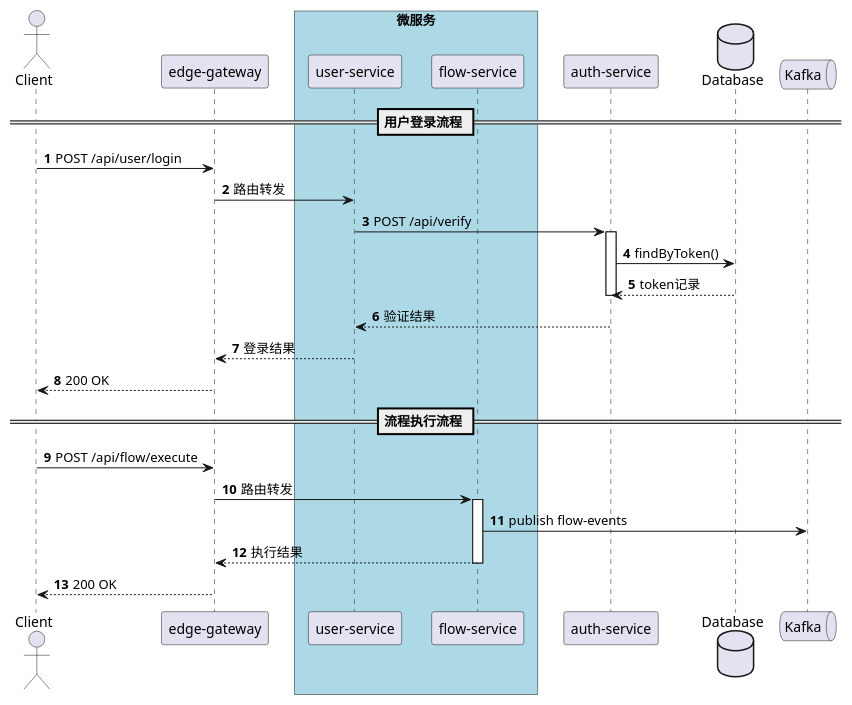
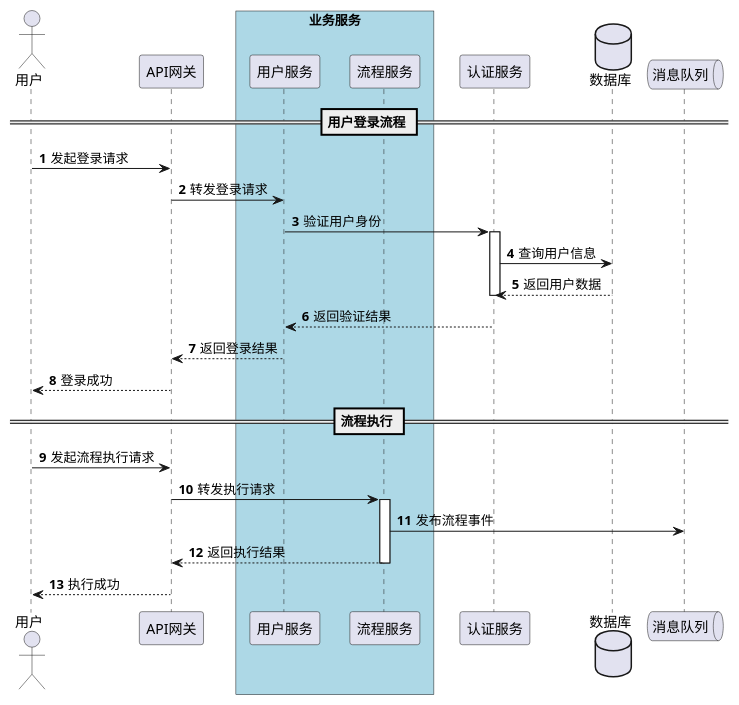
One commit to yves960/flow-trace changed the fourth of 4 diagrams in SKILL.md. Above: the diagram before and after it, drawn with PlantUML. The commit also changed other lines of this file, not shown here.

First line of the commit message:
feat: 时序图使用业务描述而非技术细节

````diff
--- a/SKILL.md
+++ b/SKILL.md
@@ -669,39 +717,39 @@
 ```plantuml
 @startuml
 autonumber
 skinparam participantPadding 10
 skinparam boxPadding 10
 
-actor "Client" as Client
-participant "edge-gateway" as GW
-box "微服务" #LightBlue
-    participant "user-service" as User
-    participant "flow-service" as Flow
+actor "用户" as 用户
+participant "API网关" as 网关
+box "业务服务" #LightBlue
+    participant "用户服务" as 用户服务
+    participant "流程服务" as 流程服务
 end box
-participant "auth-service" as Auth
-database "Database" as DB
-queue "Kafka" as MQ
+participant "认证服务" as 认证服务
+database "数据库" as 数据库
+queue "消息队列" as MQ
 
 == 用户登录流程 ==
-Client -> GW: POST /api/user/login
-GW -> User: 路由转发
-User -> Auth: POST /api/verify
-activate Auth
-Auth -> DB: findByToken()
-DB --> Auth: token记录
-deactivate Auth
-Auth --> User: 验证结果
-User --> GW: 登录结果
-GW --> Client: 200 OK
+用户 -> 网关: 发起登录请求
+网关 -> 用户服务: 转发登录请求
+用户服务 -> 认证服务: 验证用户身份
+activate 认证服务
+认证服务 -> 数据库: 查询用户信息
+数据库 --> 认证服务: 返回用户数据
+deactivate 认证服务
+认证服务 --> 用户服务: 返回验证结果
+用户服务 --> 网关: 返回登录结果
+网关 --> 用户: 登录成功
 
-== 流程执行流程 ==
-Client -> GW: POST /api/flow/execute
-GW -> Flow: 路由转发
-activate Flow
-Flow -> MQ: publish flow-events
-Flow --> GW: 执行结果
-deactivate Flow
-GW --> Client: 200 OK
+== 流程执行 ==
+用户 -> 网关: 发起流程执行请求
+网关 -> 流程服务: 转发执行请求
+activate 流程服务
+流程服务 -> MQ: 发布流程事件
+流程服务 --> 网关: 返回执行结果
+deactivate 流程服务
+网关 --> 用户: 执行成功
 
 @enduml
 ```
````
